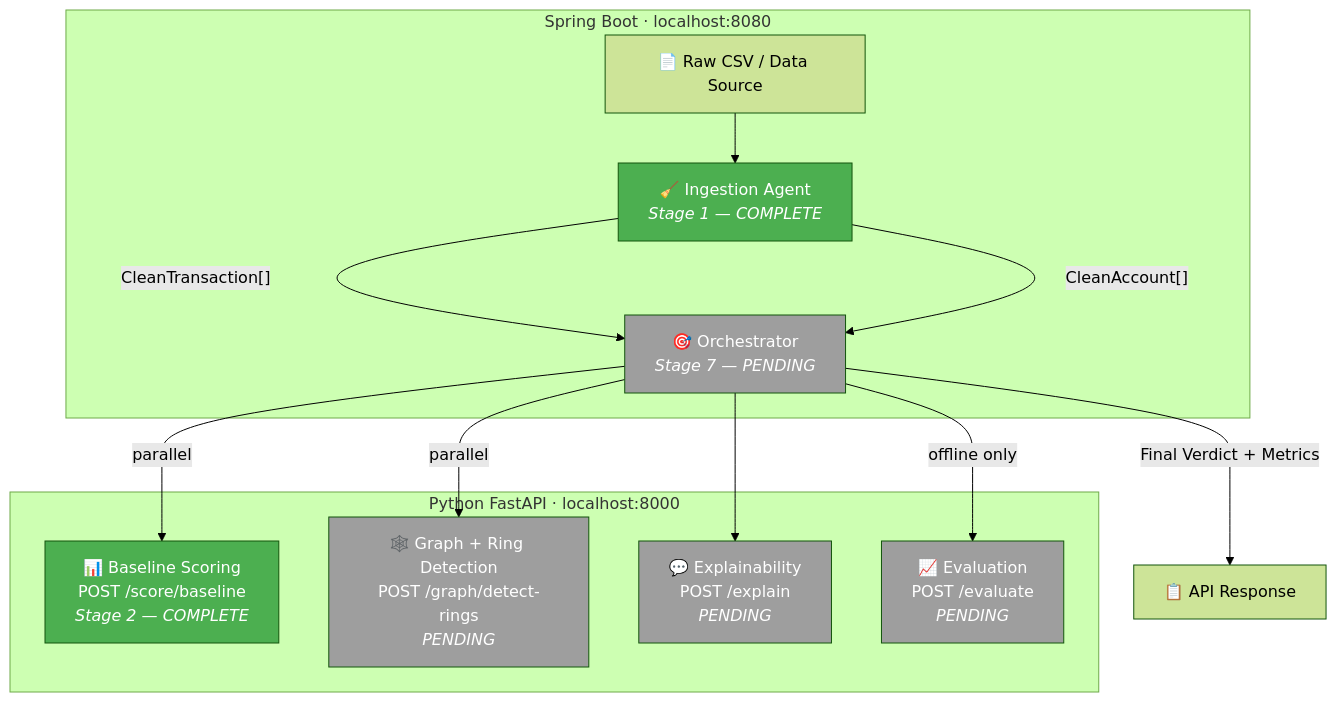
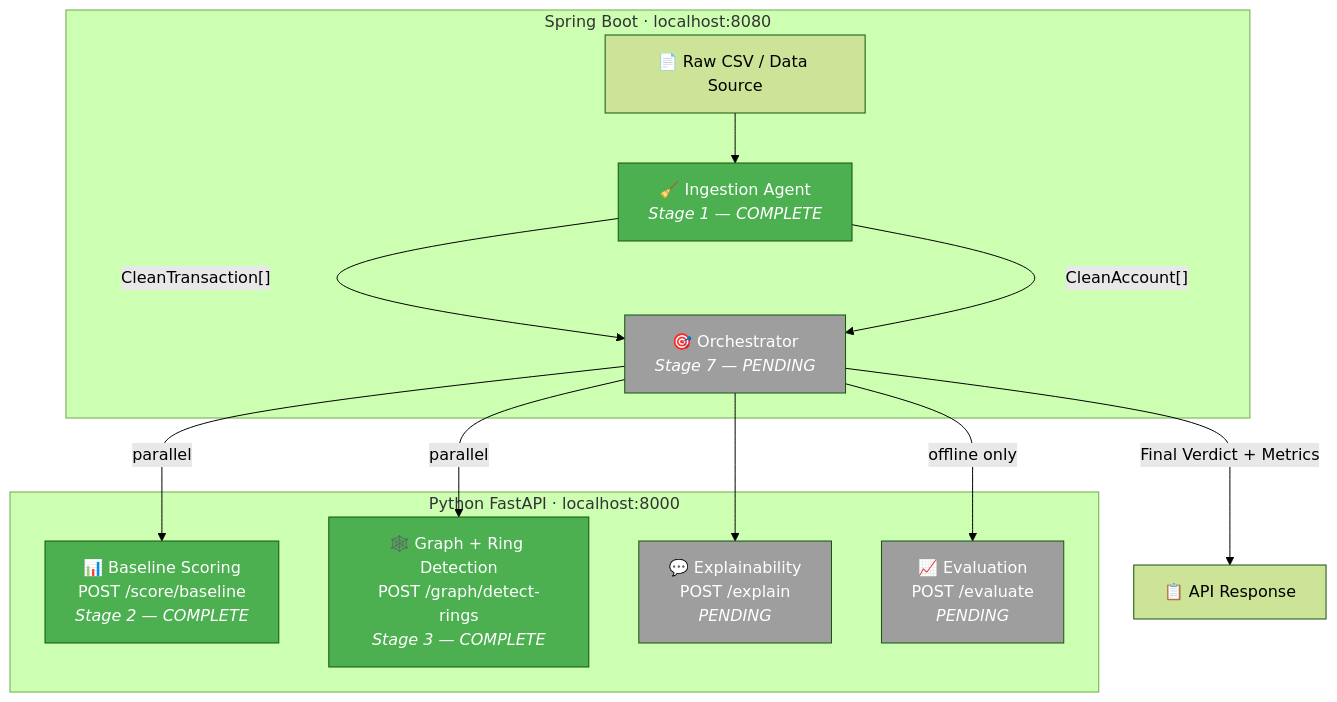
The diagram in PROJECT_SYNOPSIS.md (mdyusuf0/AI-Risk-Manager), drawn with Mermaid (forest theme) before and after one commit. The commit also changed other lines of this file and 1 other file, not shown here.

First line of the commit message:
Stage 3: Add Graph-Builder & Ring-Detection tests — 8 tests, all passing

````diff
--- a/PROJECT_SYNOPSIS.md
+++ b/PROJECT_SYNOPSIS.md
@@ -28,31 +28,31 @@
 ```mermaid
 graph TB
     subgraph "Spring Boot · localhost:8080"
         CSV["📄 Raw CSV / Data Source"]
         IA["🧹 Ingestion Agent<br/><i>Stage 1 — COMPLETE</i>"]
         ORCH["🎯 Orchestrator<br/><i>Stage 7 — PENDING</i>"]
     end
 
     subgraph "Python FastAPI · localhost:8000"
         BS["📊 Baseline Scoring<br/>POST /score/baseline<br/><i>Stage 2 — COMPLETE</i>"]
-        GR["🕸️ Graph + Ring Detection<br/>POST /graph/detect-rings<br/><i>PENDING</i>"]
+        GR["🕸️ Graph + Ring Detection<br/>POST /graph/detect-rings<br/><i>Stage 3 — COMPLETE</i>"]
         EX["💬 Explainability<br/>POST /explain<br/><i>PENDING</i>"]
         EV["📈 Evaluation<br/>POST /evaluate<br/><i>PENDING</i>"]
     end
 
     CSV --> IA
     IA -->|"CleanTransaction[]"| ORCH
     IA -->|"CleanAccount[]"| ORCH
     ORCH -->|"parallel"| BS
     ORCH -->|"parallel"| GR
     ORCH --> EX
     ORCH -->|"offline only"| EV
     ORCH -->|"Final Verdict + Metrics"| OUTPUT["📋 API Response"]
 
     style IA fill:#4caf50,color:#fff
     style ORCH fill:#9e9e9e,color:#fff
     style BS fill:#4caf50,color:#fff
-    style GR fill:#9e9e9e,color:#fff
+    style GR fill:#4caf50,color:#fff
     style EX fill:#9e9e9e,color:#fff
     style EV fill:#9e9e9e,color:#fff
 ```
````
